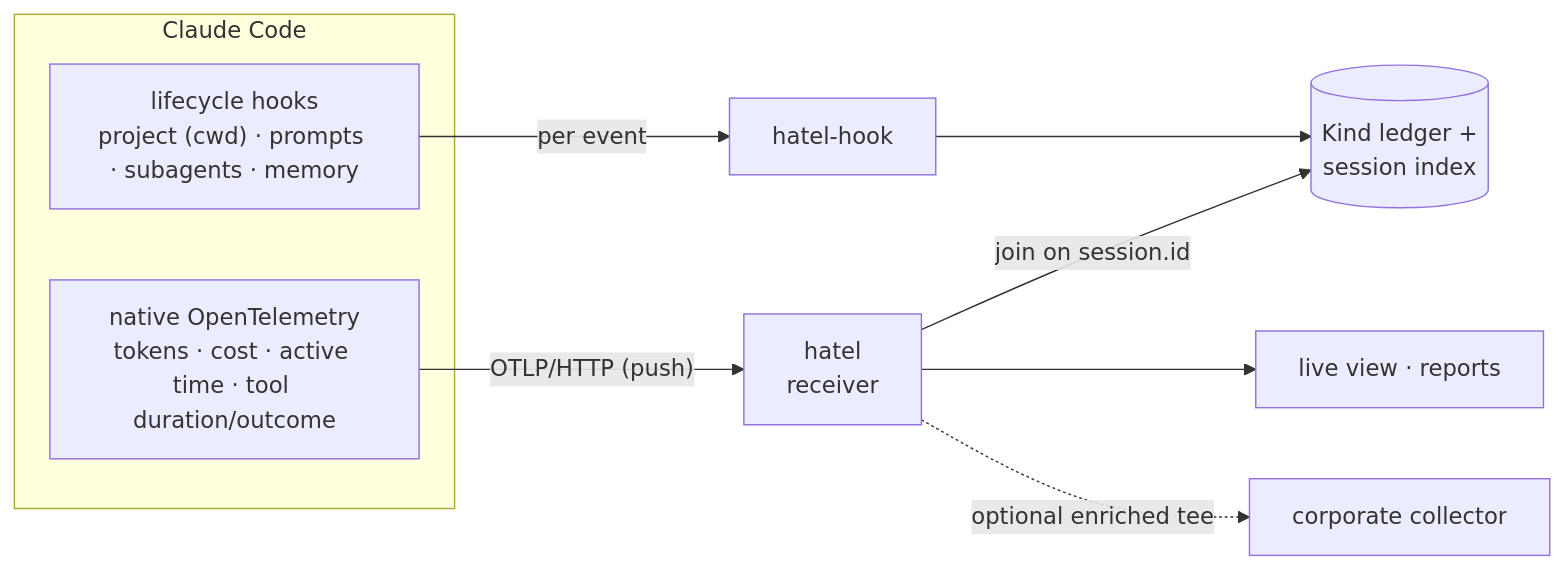
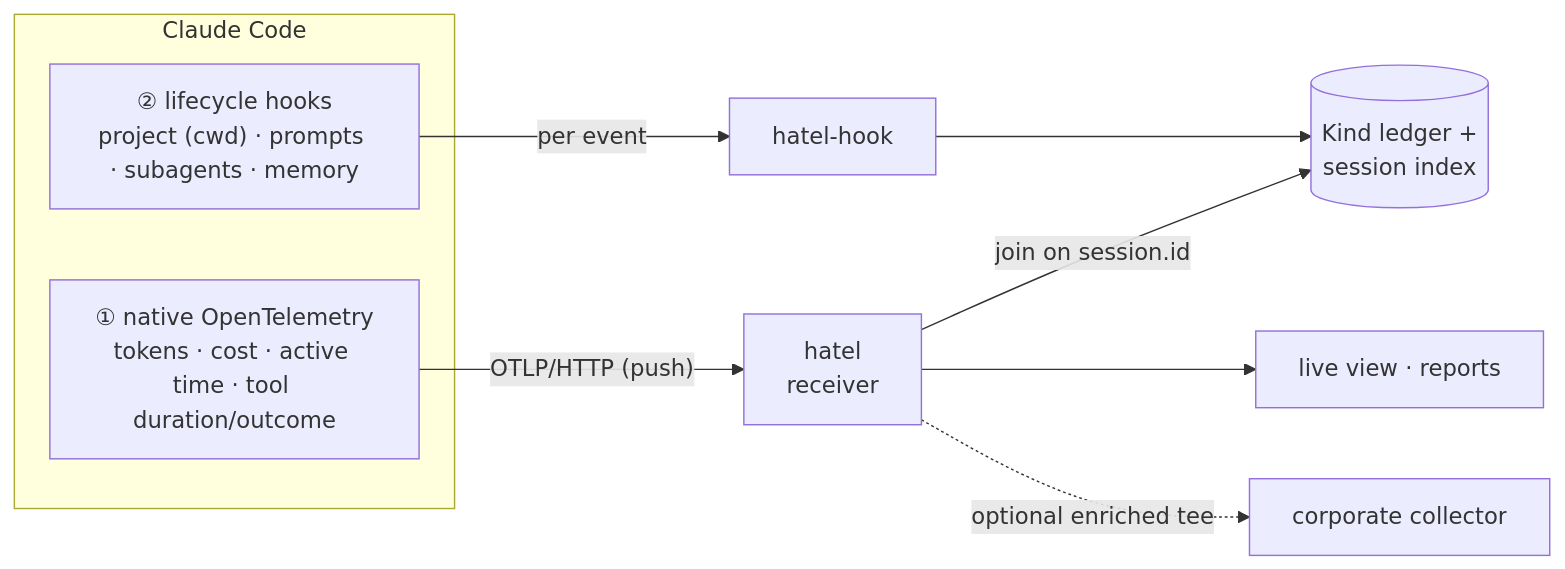
The first of 2 diagrams in README.en.md (junyeong-ai/hatel), drawn with Mermaid before and after one commit. The commit also changed other lines of this file and 1 other file, not shown here.

````diff
--- a/README.en.md
+++ b/README.en.md
@@ -24,13 +33,13 @@
 ```mermaid
 flowchart LR
   subgraph CC["Claude Code"]
-    M["native OpenTelemetry<br/>tokens · cost · active time · tool duration/outcome"]
-    H["lifecycle hooks<br/>project (cwd) · prompts · subagents · memory"]
+    M["① native OpenTelemetry<br/>tokens · cost · active time · tool duration/outcome"]
+    H["② lifecycle hooks<br/>project (cwd) · prompts · subagents · memory"]
   end
   M -->|"OTLP/HTTP (push)"| R["hatel<br/>receiver"]
   H -->|"per event"| K["hatel-hook"]
   K --> IDX[("Kind ledger +<br/>session index")]
   R -->|"join on session.id"| IDX
   R --> OUT["live view · reports"]
   R -.->|"optional enriched tee"| CORP["corporate collector"]
 ```
````
